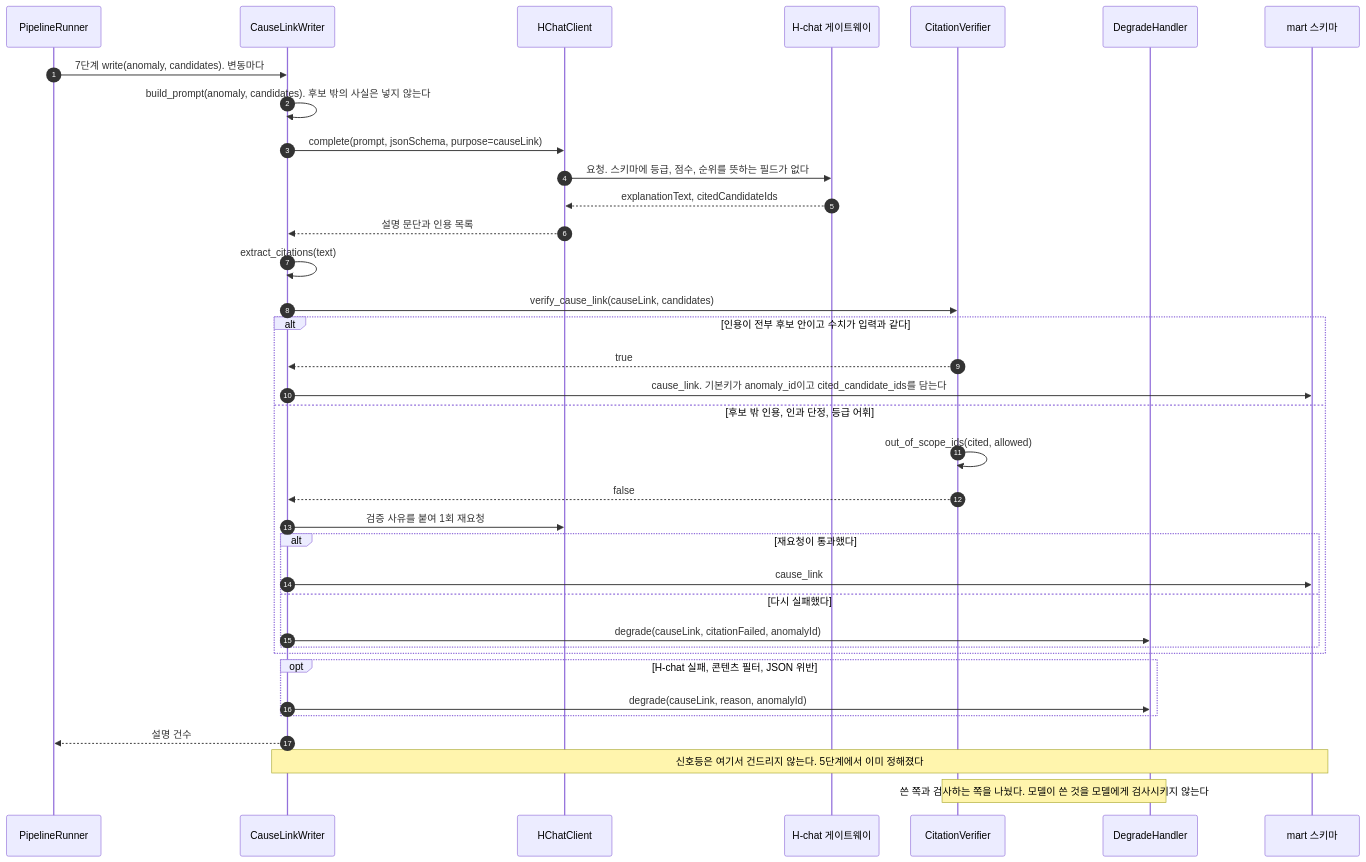
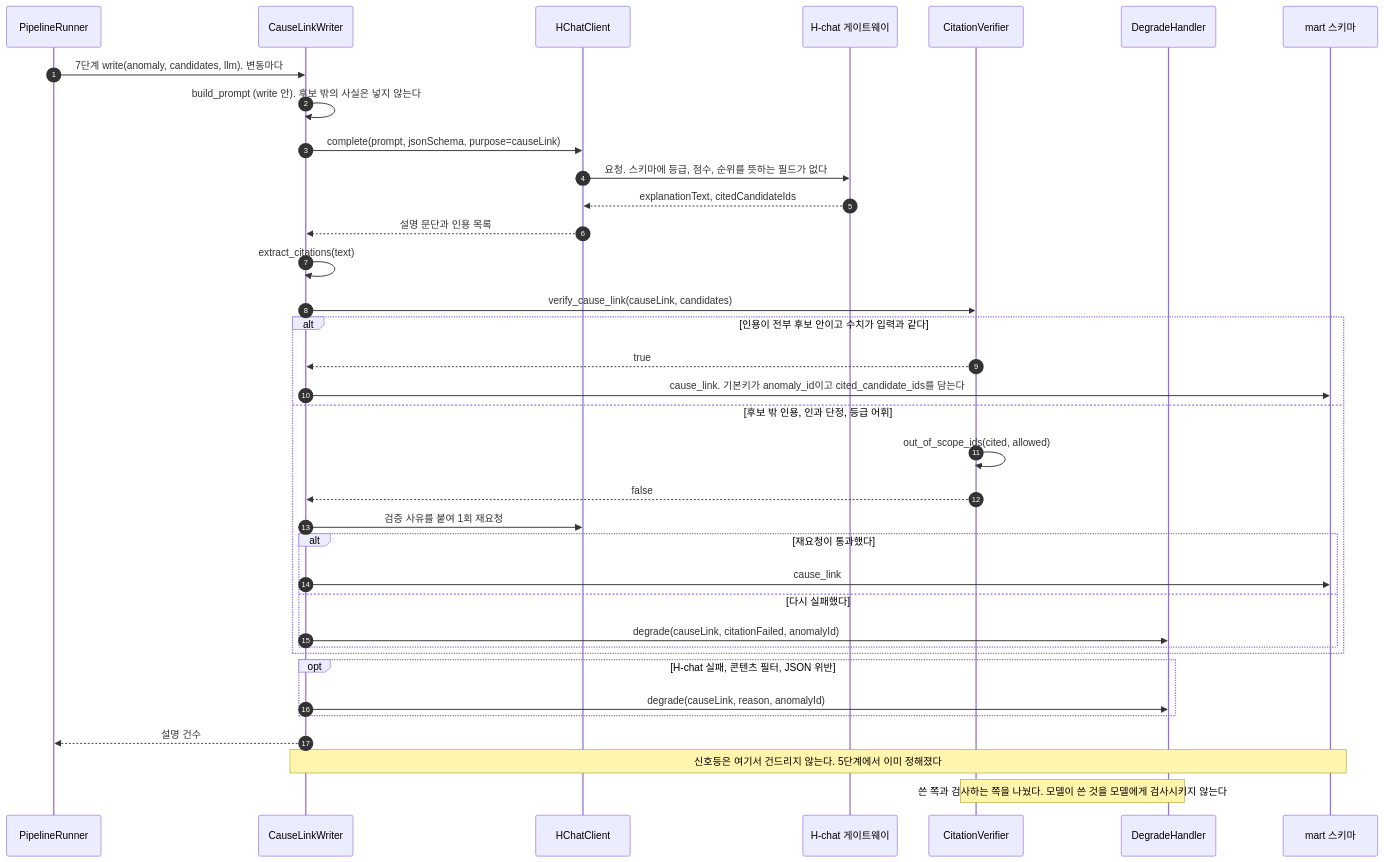
Before and after one commit to HoyoungParkme/tableau_platform: the tenth of 14 diagrams in docs/specs/09-SEQ/TBL-SEQ-001.md, drawn with Mermaid. The commit also changed other lines of this file, not shown here.

````diff
--- a/docs/specs/09-SEQ/TBL-SEQ-001.md
+++ b/docs/specs/09-SEQ/TBL-SEQ-001.md
@@ -561,38 +596,38 @@
 ```mermaid
 sequenceDiagram
   autonumber
   participant RUN as PipelineRunner
   participant CLW as CauseLinkWriter
   participant HCC as HChatClient
   participant HCHAT as H-chat 게이트웨이
   participant CV as CitationVerifier
   participant DH as DegradeHandler
   participant DB_MART as mart 스키마
-  RUN->>CLW: 7단계 write(anomaly, candidates). 변동마다
-  CLW->>CLW: build_prompt(anomaly, candidates). 후보 밖의 사실은 넣지 않는다
+  RUN->>CLW: 7단계 write(anomaly, candidates, llm). 변동마다
+  CLW->>CLW: build_prompt (write 안). 후보 밖의 사실은 넣지 않는다
   CLW->>HCC: complete(prompt, jsonSchema, purpose=causeLink)
   HCC->>HCHAT: 요청. 스키마에 등급, 점수, 순위를 뜻하는 필드가 없다
   HCHAT-->>HCC: explanationText, citedCandidateIds
   HCC-->>CLW: 설명 문단과 인용 목록
   CLW->>CLW: extract_citations(text)
   CLW->>CV: verify_cause_link(causeLink, candidates)
   alt 인용이 전부 후보 안이고 수치가 입력과 같다
     CV-->>CLW: true
     CLW->>DB_MART: cause_link. 기본키가 anomaly_id이고 cited_candidate_ids를 담는다
   else 후보 밖 인용, 인과 단정, 등급 어휘
     CV->>CV: out_of_scope_ids(cited, allowed)
     CV-->>CLW: false
     CLW->>HCC: 검증 사유를 붙여 1회 재요청
     alt 재요청이 통과했다
       CLW->>DB_MART: cause_link
     else 다시 실패했다
       CLW->>DH: degrade(causeLink, citationFailed, anomalyId)
     end
   end
   opt H-chat 실패, 콘텐츠 필터, JSON 위반
     CLW->>DH: degrade(causeLink, reason, anomalyId)
   end
   CLW-->>RUN: 설명 건수
   Note over CLW,DB_MART: 신호등은 여기서 건드리지 않는다. 5단계에서 이미 정해졌다
   Note over CV,DH: 쓴 쪽과 검사하는 쪽을 나눴다. 모델이 쓴 것을 모델에게 검사시키지 않는다
 ```
````
